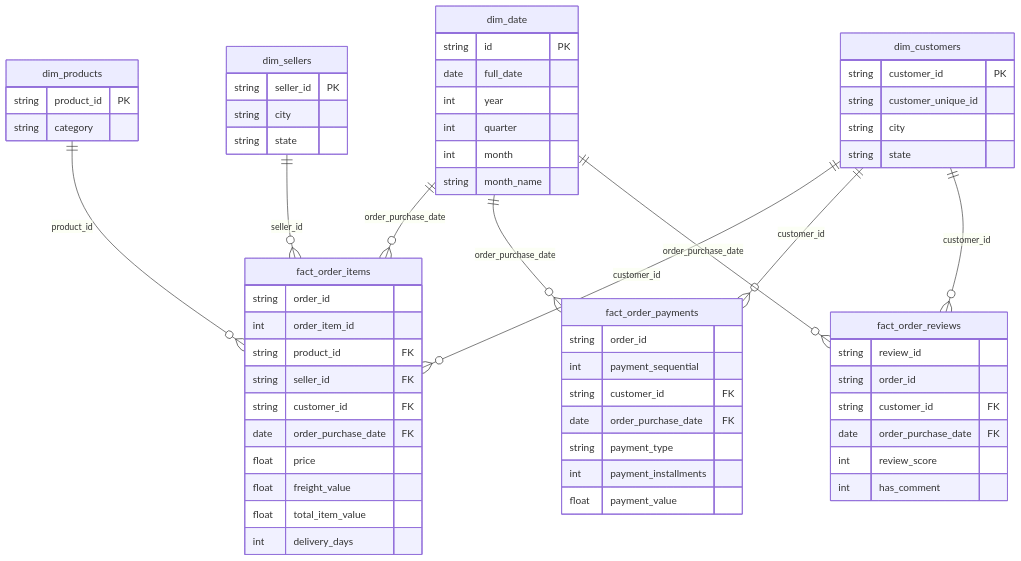
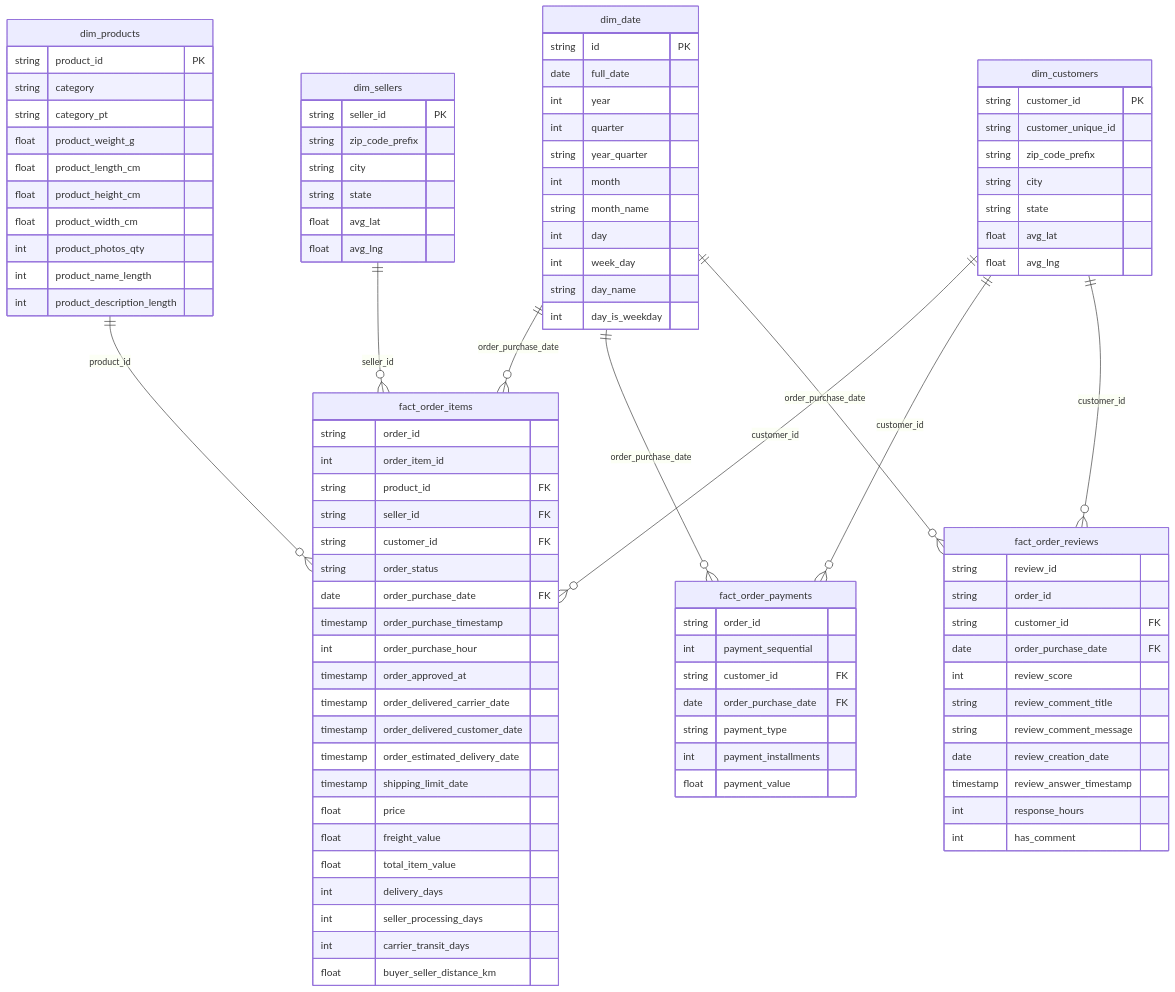
Before and after one commit to chawanakorn-phet/Mini_project: the second of 2 diagrams in README.md, drawn with Mermaid. The commit also changed other lines of this file, not shown here.

Commit message:
Sync README mermaid diagrams with the full column set now in the .drawio versions

````diff
--- a/README.md
+++ b/README.md
@@ -181,11 +194,22 @@
         string product_id FK
         string seller_id FK
         string customer_id FK
+        string order_status
         date order_purchase_date FK
+        timestamp order_purchase_timestamp
+        int order_purchase_hour
+        timestamp order_approved_at
+        timestamp order_delivered_carrier_date
+        timestamp order_delivered_customer_date
+        timestamp order_estimated_delivery_date
+        timestamp shipping_limit_date
         float price
         float freight_value
         float total_item_value
         int delivery_days
+        int seller_processing_days
+        int carrier_transit_days
+        float buyer_seller_distance_km
     }
     fact_order_payments {
         string order_id
@@ -202,6 +226,11 @@
         string customer_id FK
         date order_purchase_date FK
         int review_score
+        string review_comment_title
+        string review_comment_message
+        date review_creation_date
+        timestamp review_answer_timestamp
+        int response_hours
         int has_comment
     }
     dim_date {
@@ -209,22 +238,41 @@
         date full_date
         int year
         int quarter
+        string year_quarter
         int month
         string month_name
+        int day
+        int week_day
+        string day_name
+        int day_is_weekday
     }
     dim_customers {
         string customer_id PK
         string customer_unique_id
+        string zip_code_prefix
         string city
         string state
+        float avg_lat
+        float avg_lng
     }
     dim_products {
         string product_id PK
         string category
+        string category_pt
+        float product_weight_g
+        float product_length_cm
+        float product_height_cm
+        float product_width_cm
+        int product_photos_qty
+        int product_name_length
+        int product_description_length
     }
     dim_sellers {
         string seller_id PK
+        string zip_code_prefix
         string city
         string state
+        float avg_lat
+        float avg_lng
     }
 ```
````
